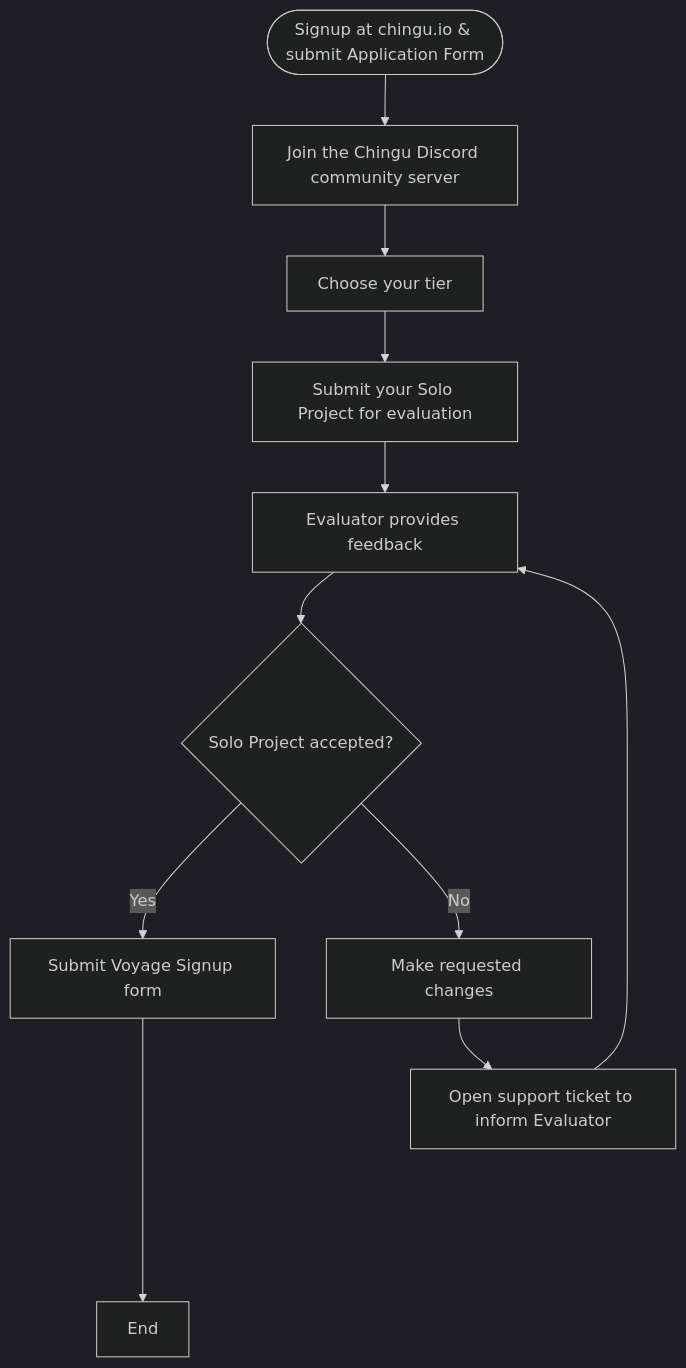
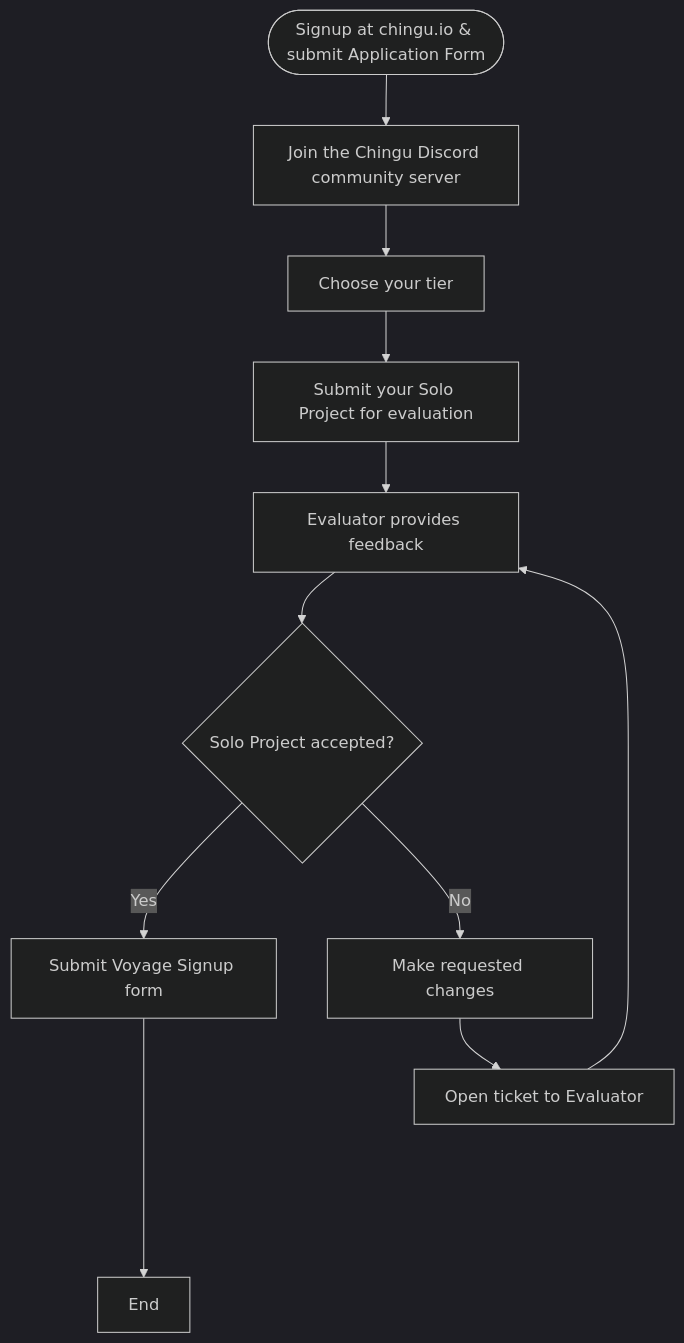
The first of 2 diagrams in README.md (chingu-voyages/Handbook), drawn with Mermaid (dark theme) before and after one commit.

Commit message:
Feature: Add onboarding flowchart

````diff
--- a/README.md
+++ b/README.md
@@ -50,14 +50,14 @@
 ```mermaid
 flowchart TB
    A(["Signup at chingu.io & submit Application Form"]) --> B["Join the Chingu Discord community server"];
    B --> C["Choose your tier"];
    C --> D["Submit your Solo Project for evaluation"];
    D --> E["Evaluator provides feedback"];
    E --> F{"Solo Project accepted?"};
    F -- Yes --> G["Submit Voyage Signup form"];
    F -- No --> H["Make requested changes"];
-   I["Open support ticket to inform Evaluator"];
+   I["Open ticket to Evaluator"];
    H --> I;
    I --> E;
    G -----> Z["End"];
 ```
````
